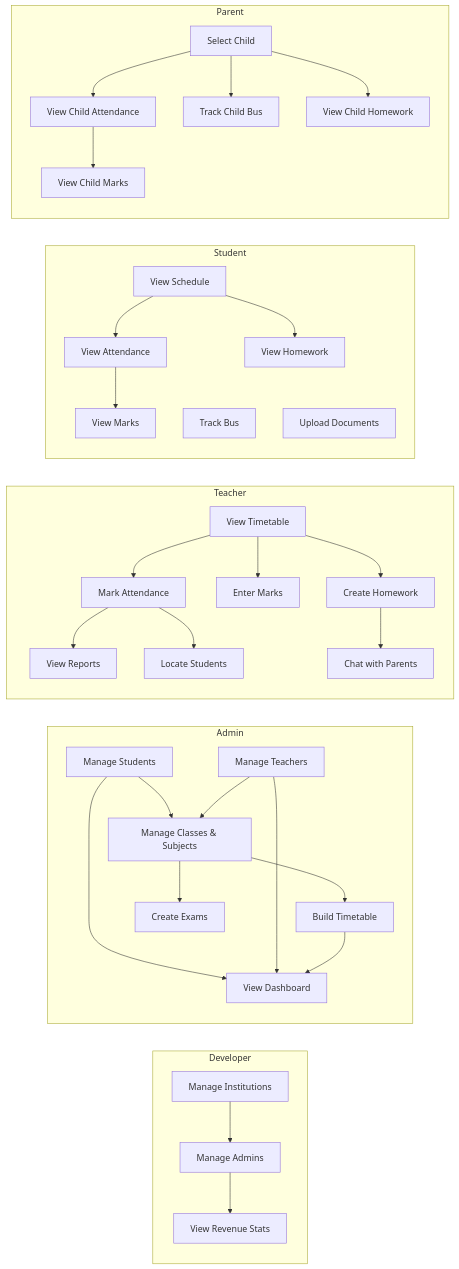
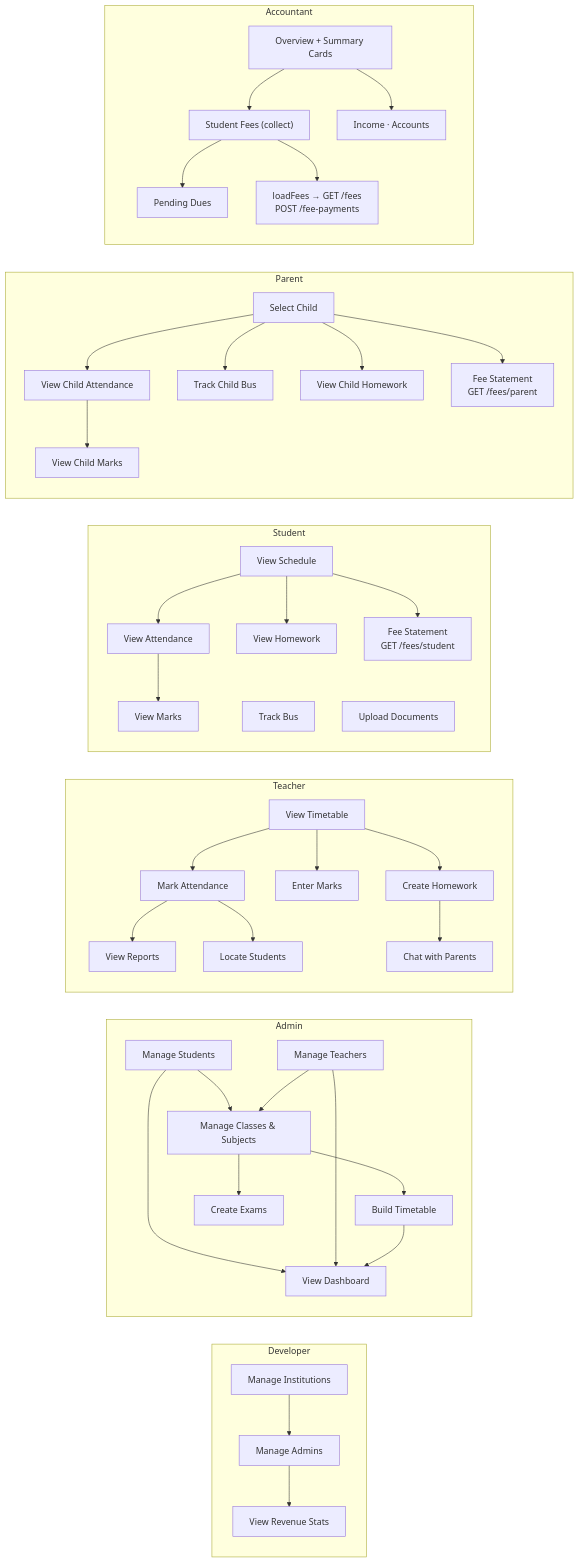
One commit to schoolsolutionfound/schoolerpsystem changed diagram 11 of 15 in ARCHITECTURE.md. Above: the diagram before and after it, drawn with Mermaid. The commit also changed other lines of this file and 186 other files, not shown here.

````diff
--- a/ARCHITECTURE.md
+++ b/ARCHITECTURE.md
@@ -855,60 +930,75 @@
 ```mermaid
 graph LR
     subgraph Developer["Developer"]
         D1["Manage Institutions"]
         D2["Manage Admins"]
         D3["View Revenue Stats"]
         D1 --> D2 --> D3
     end
 
     subgraph Admin["Admin"]
         A1["Manage Students"]
         A2["Manage Teachers"]
         A3["Manage Classes & Subjects"]
         A4["Build Timetable"]
         A5["Create Exams"]
         A6["View Dashboard"]
         A1 & A2 --> A3 --> A4
         A3 --> A5
         A1 & A2 & A4 --> A6
     end
 
     subgraph Teacher["Teacher"]
         T1["View Timetable"]
         T2["Mark Attendance"]
         T3["Enter Marks"]
         T4["View Reports"]
         T5["Create Homework"]
         T6["Chat with Parents"]
         T7["Locate Students"]
         T1 --> T2
         T1 --> T3
         T2 --> T4
         T1 --> T5
         T5 --> T6
         T2 --> T7
     end
 
     subgraph Student["Student"]
         S1["View Schedule"]
         S2["View Attendance"]
         S3["View Marks"]
         S4["Track Bus"]
         S5["Upload Documents"]
         S6["View Homework"]
+        S7["Fee Statement<br/>GET /fees/student"]
         S1 --> S2
         S2 --> S3
         S1 --> S6
+        S1 --> S7
     end
 
     subgraph Parent["Parent"]
         P1["Select Child"]
         P2["View Child Attendance"]
         P3["View Child Marks"]
         P4["Track Child Bus"]
         P5["View Child Homework"]
+        P6["Fee Statement<br/>GET /fees/parent"]
         P1 --> P2 --> P3
         P1 --> P4
         P1 --> P5
+        P1 --> P6
+    end
+
+    subgraph Accountant["Accountant"]
+        CA1["Overview + Summary Cards"]
+        CA2["Student Fees (collect)"]
+        CA3["Pending Dues"]
+        CA4["Income · Accounts"]
+        CA5["loadFees → GET /fees<br/>POST /fee-payments"]
+        CA1 --> CA2 --> CA3
+        CA1 --> CA4
+        CA2 --> CA5
     end
 ```
````
